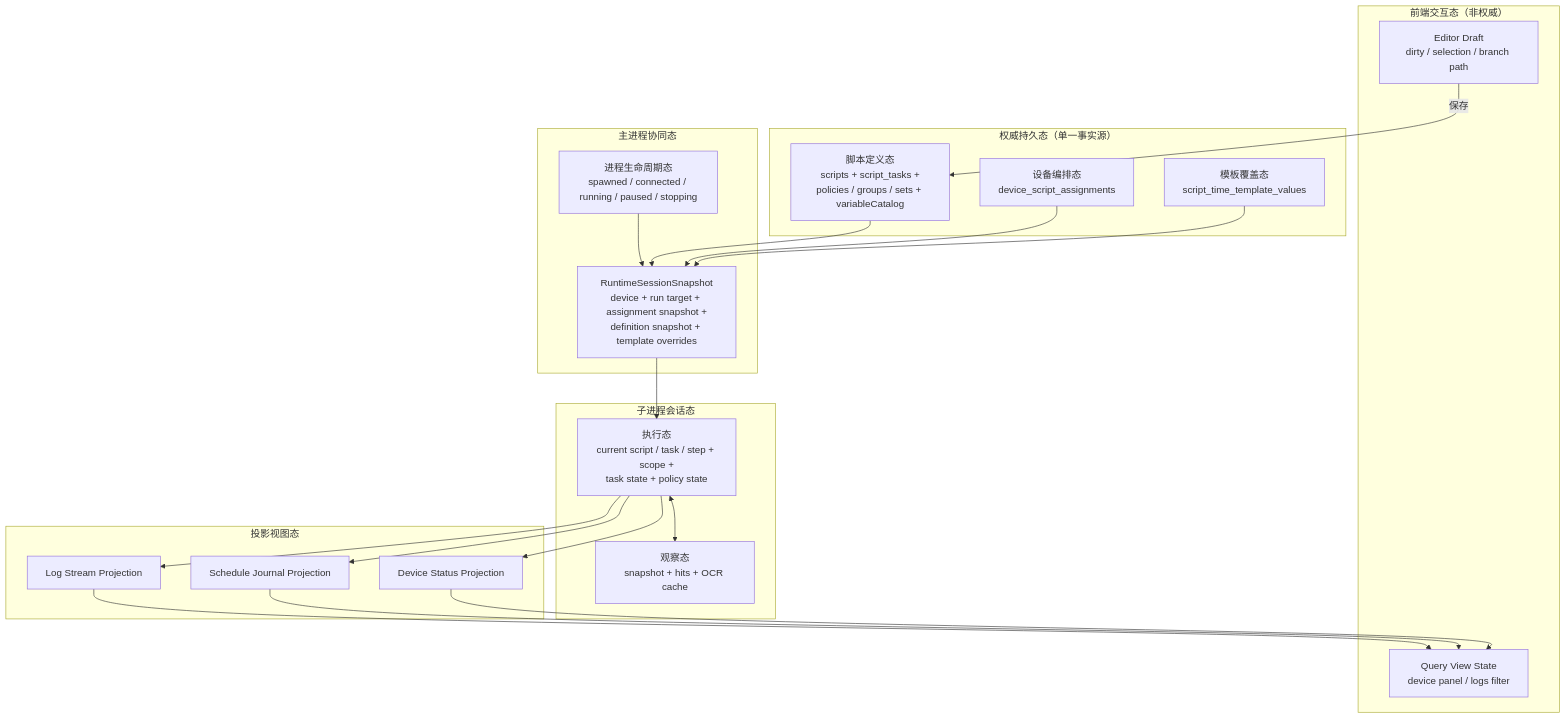
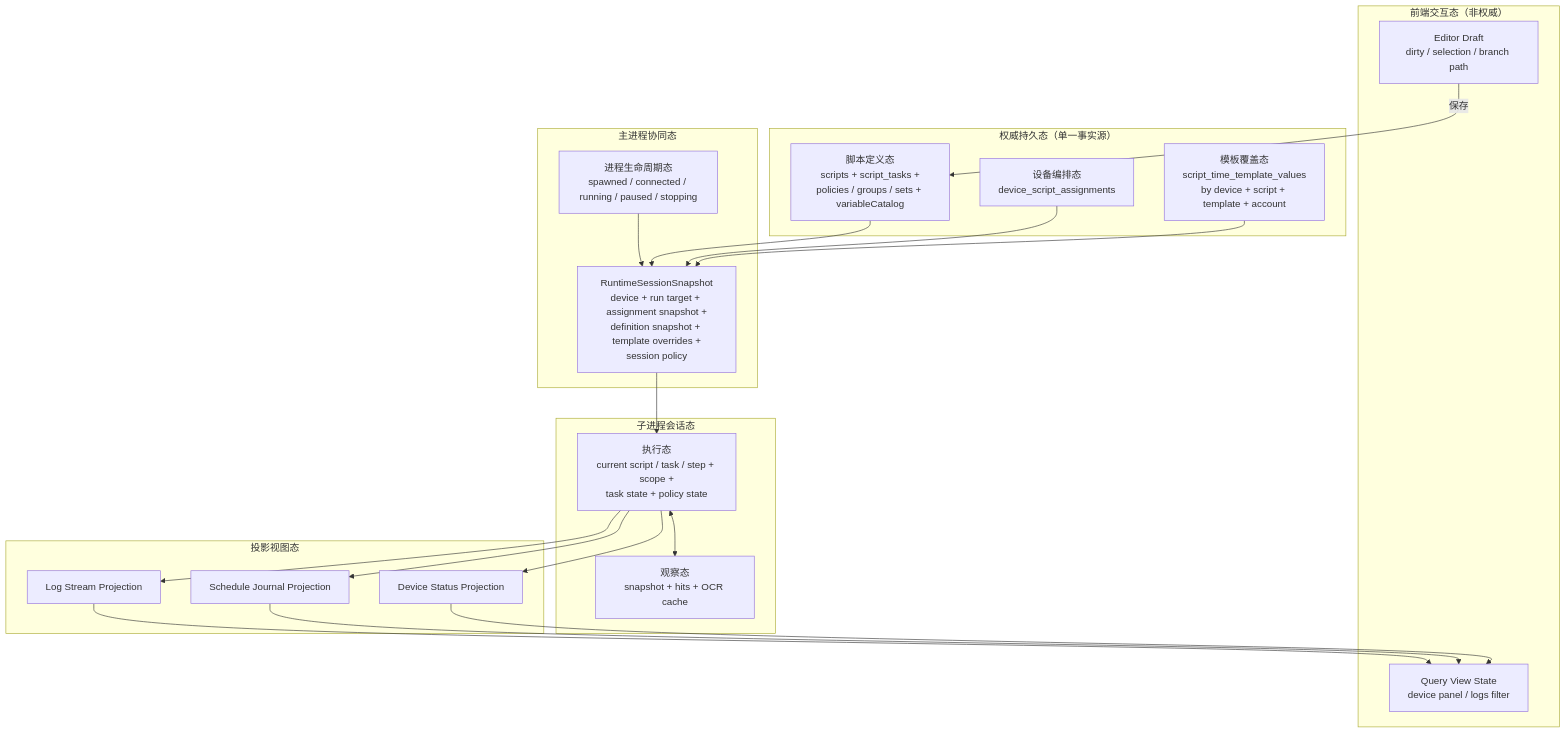
One commit to ParadiseZ/AutoDaily_Tauri_v2 changed the second of 3 diagrams in doc/脚本执行流架构分析与重构建议.md. Above: the diagram before and after it, drawn with Mermaid. The commit also changed other lines of this file and 18 other files, not shown here.

````diff
--- a/doc/脚本执行流架构分析与重构建议.md
+++ b/doc/脚本执行流架构分析与重构建议.md
@@ -98,46 +122,46 @@
 ```mermaid
 flowchart TB
     subgraph FrontState["前端交互态（非权威）"]
         EditorDraft["Editor Draft<br/>dirty / selection / branch path"]
         ViewState["Query View State<br/>device panel / logs filter"]
     end
 
     subgraph PersistState["权威持久态（单一事实源）"]
         Definition["脚本定义态<br/>scripts + script_tasks +<br/>policies / groups / sets + variableCatalog"]
         Assignment["设备编排态<br/>device_script_assignments"]
-        Override["模板覆盖态<br/>script_time_template_values"]
+        Override["模板覆盖态<br/>script_time_template_values<br/>by device + script + template + account"]
     end
 
     subgraph MainState["主进程协同态"]
         ProcLife["进程生命周期态<br/>spawned / connected / running / paused / stopping"]
-        SessionSnap["RuntimeSessionSnapshot<br/>device + run target + assignment snapshot +<br/>definition snapshot + template overrides"]
+        SessionSnap["RuntimeSessionSnapshot<br/>device + run target + assignment snapshot +<br/>definition snapshot + template overrides +<br/>session policy"]
     end
 
     subgraph ChildState["子进程会话态"]
         ExecState["执行态<br/>current script / task / step + scope +<br/>task state + policy state"]
         Observe["观察态<br/>snapshot + hits + OCR cache"]
     end
 
     subgraph ProjectionState["投影视图态"]
         StatusProj["Device Status Projection"]
         ScheduleProj["Schedule Journal Projection"]
         LogProj["Log Stream Projection"]
     end
 
     EditorDraft -->|保存| Definition
     Definition --> SessionSnap
     Assignment --> SessionSnap
     Override --> SessionSnap
     ProcLife --> SessionSnap
 
     SessionSnap --> ExecState
     ExecState <--> Observe
 
     ExecState --> StatusProj
     ExecState --> ScheduleProj
     ExecState --> LogProj
 
     StatusProj --> ViewState
     ScheduleProj --> ViewState
     LogProj --> ViewState
 ```
````
